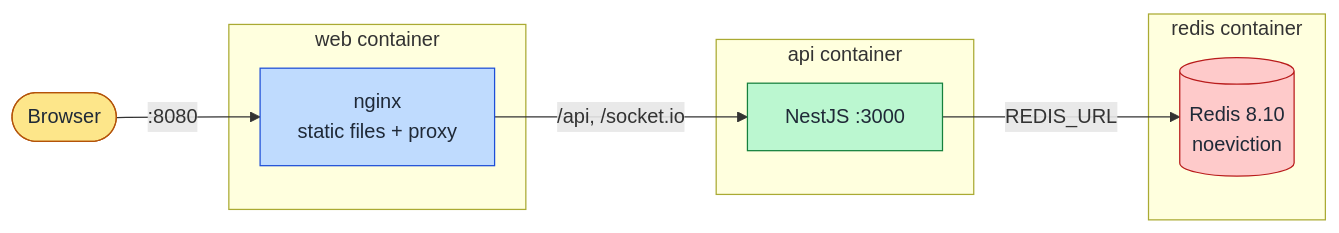
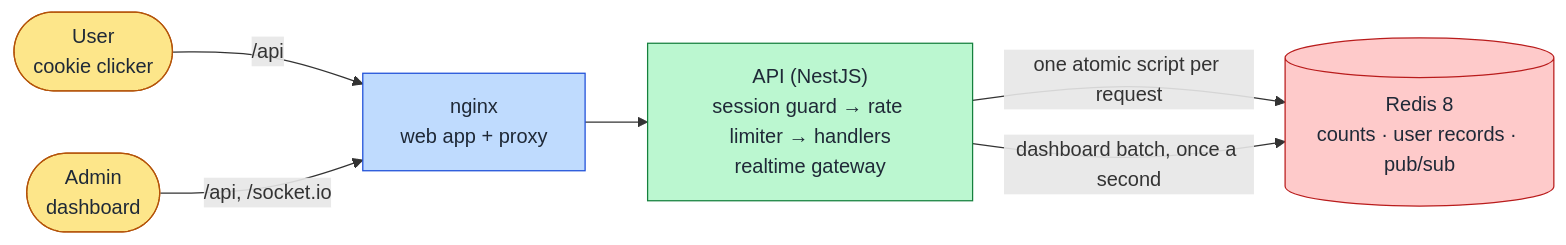
One commit to nitzanto/ratewatch changed the first of 6 diagrams in apps/docs/src/content/docs/architecture/hld.md. Above: the diagram before and after it, drawn with Mermaid. The commit also changed other lines of this file and 12 other files, not shown here.

First line of the commit message:
test(traffic): load test the rate limiter with Artillery thresholds (#86)

````diff
--- a/apps/docs/src/content/docs/architecture/hld.md
+++ b/apps/docs/src/content/docs/architecture/hld.md
@@ -112,20 +53,19 @@
 ```mermaid
 flowchart LR
-  browser([Browser]):::person -- ":8080" --> nginx
-  subgraph web["web container"]
-    nginx["nginx<br/>static files + proxy"]:::edge
-  end
-  subgraph api["api container"]
-    nest["NestJS :3000"]:::api
-  end
-  subgraph store["redis container"]
-    redis[("Redis 8.10<br/>noeviction")]:::store
-  end
-  nginx -- "/api, /socket.io" --> nest
-  nest -- "REDIS_URL" --> redis
+  user([User<br/>cookie clicker]):::person
+  admin([Admin<br/>dashboard]):::person
+  nginx["nginx<br/>web app + proxy"]:::edge
+  api["API (NestJS)<br/>session guard → rate limiter → handlers<br/>realtime gateway"]:::api
+  redis[("Redis 8<br/>counts · user records · pub/sub")]:::store
+
+  user -- "/api" --> nginx
+  admin -- "/api, /socket.io" --> nginx
+  nginx --> api
+  api -- "one atomic script per request" --> redis
+  api -- "dashboard batch, once a second" --> redis
 
   classDef person fill:#fde68a,stroke:#b45309,color:#1f2937
   classDef edge fill:#bfdbfe,stroke:#1d4ed8,color:#1f2937
   classDef api fill:#bbf7d0,stroke:#15803d,color:#1f2937
   classDef store fill:#fecaca,stroke:#b91c1c,color:#1f2937
 ```
````
